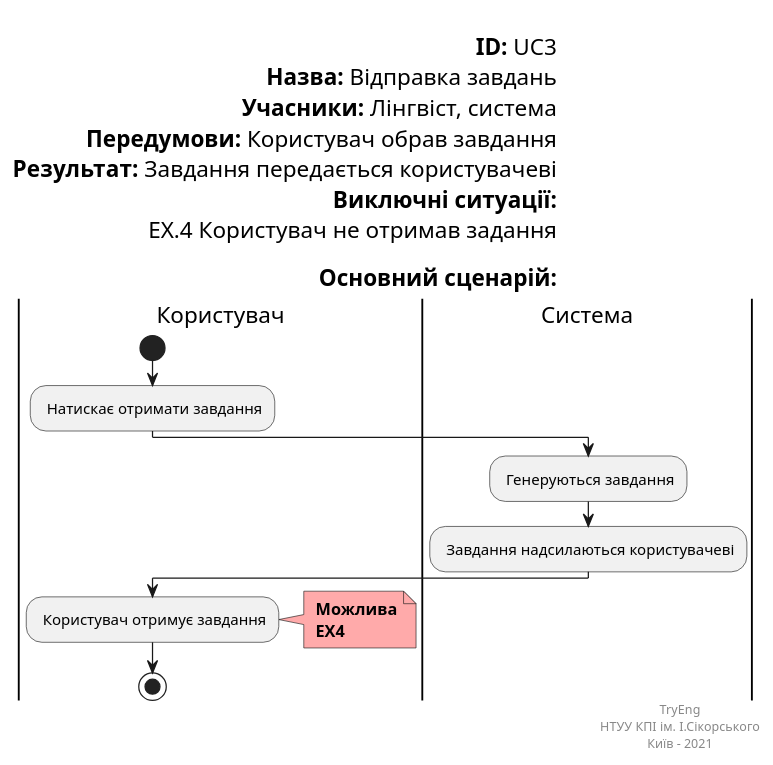
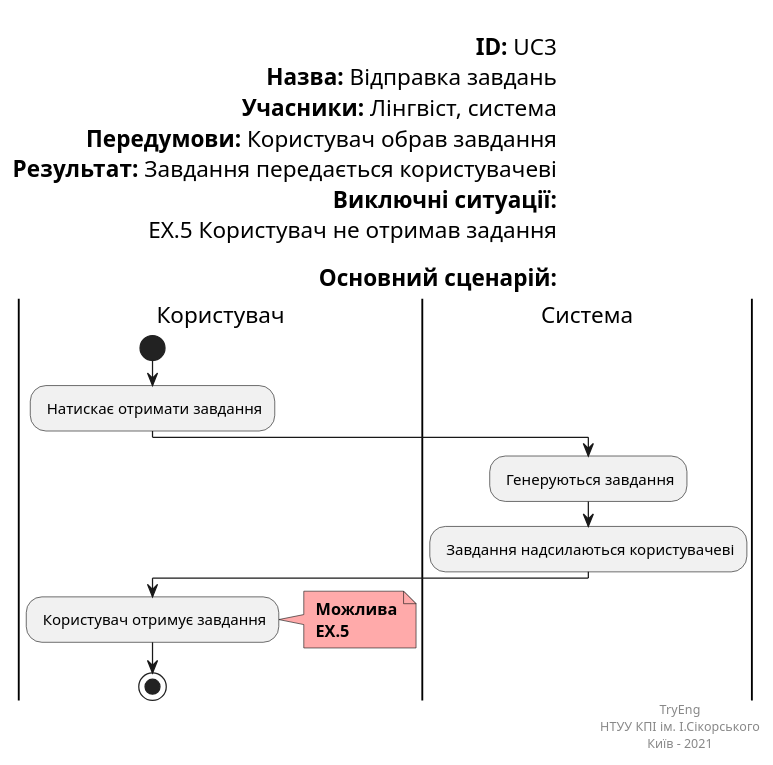
Before and after one commit to Oleh-Khomenko/Tryeng: the diagram in docs/use cases/UC.3.puml, drawn with PlantUML.

```diff
--- a/docs/use cases/UC.3.puml
+++ b/docs/use cases/UC.3.puml
@@ -1,41 +1,41 @@
 @startuml
 left header
 
         <font color=000 size=18><b>ID:</b> UC3
         <font color=000 size=18><b>Назва:</b> Відправка завдань
         <font color=000 size=18><b>Учасники:</b> Лінгвіст, система
         <font color=000 size=18><b>Передумови:</b> Користувач обрав завдання
         <font color=000 size=18><b>Результат:</b> Завдання передається користувачеві
         <font color=000 size=18><b>Виключні ситуації:</b>
-        <font color=000 size=18> EХ.4 Користувач не отримав задання
+        <font color=000 size=18> EХ.5 Користувач не отримав задання
 
         <font color=000 size=18><b>Основний сценарій:</b>
     end header
 
     |Користувач|
         start
         
         : Натискає отримати завдання;
         
     |Система|
         
         : Генеруються завдання;
         : Завдання надсилаються користувачеві;
     |Користувач|
     
         : Користувач отримує завдання;
          note right #ffaaaa
         <b> Можлива
-        <b> EX4
+        <b> EX.5
         end note
         
  
         
         stop;
     
 right footer
 TryEng
 НТУУ КПІ ім. І.Сікорського
 Київ - 2021
 end footer
 @enduml
```
